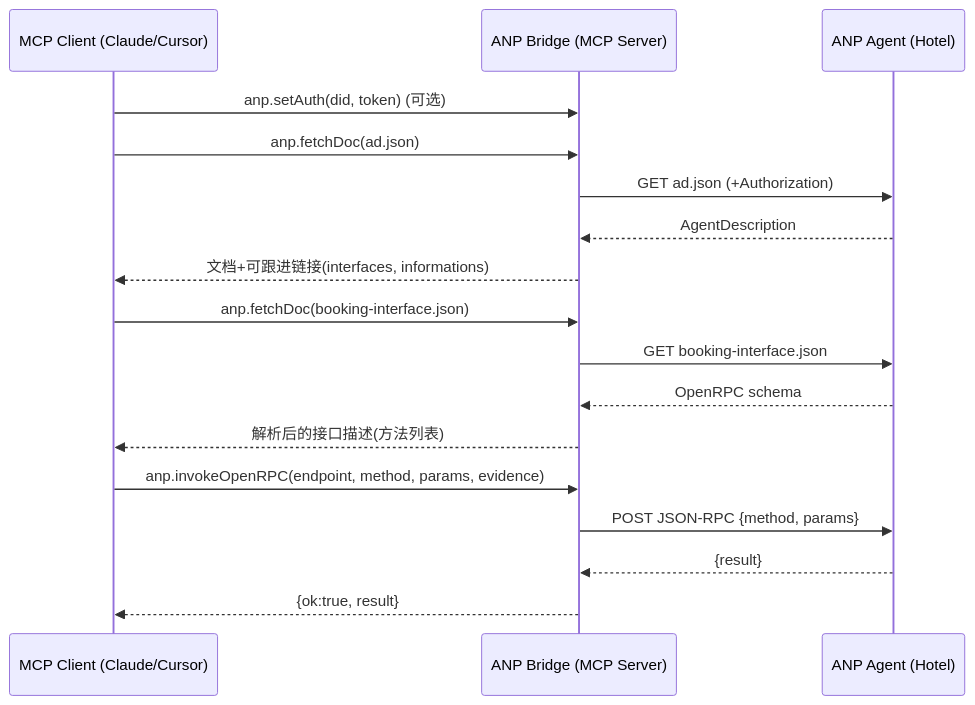
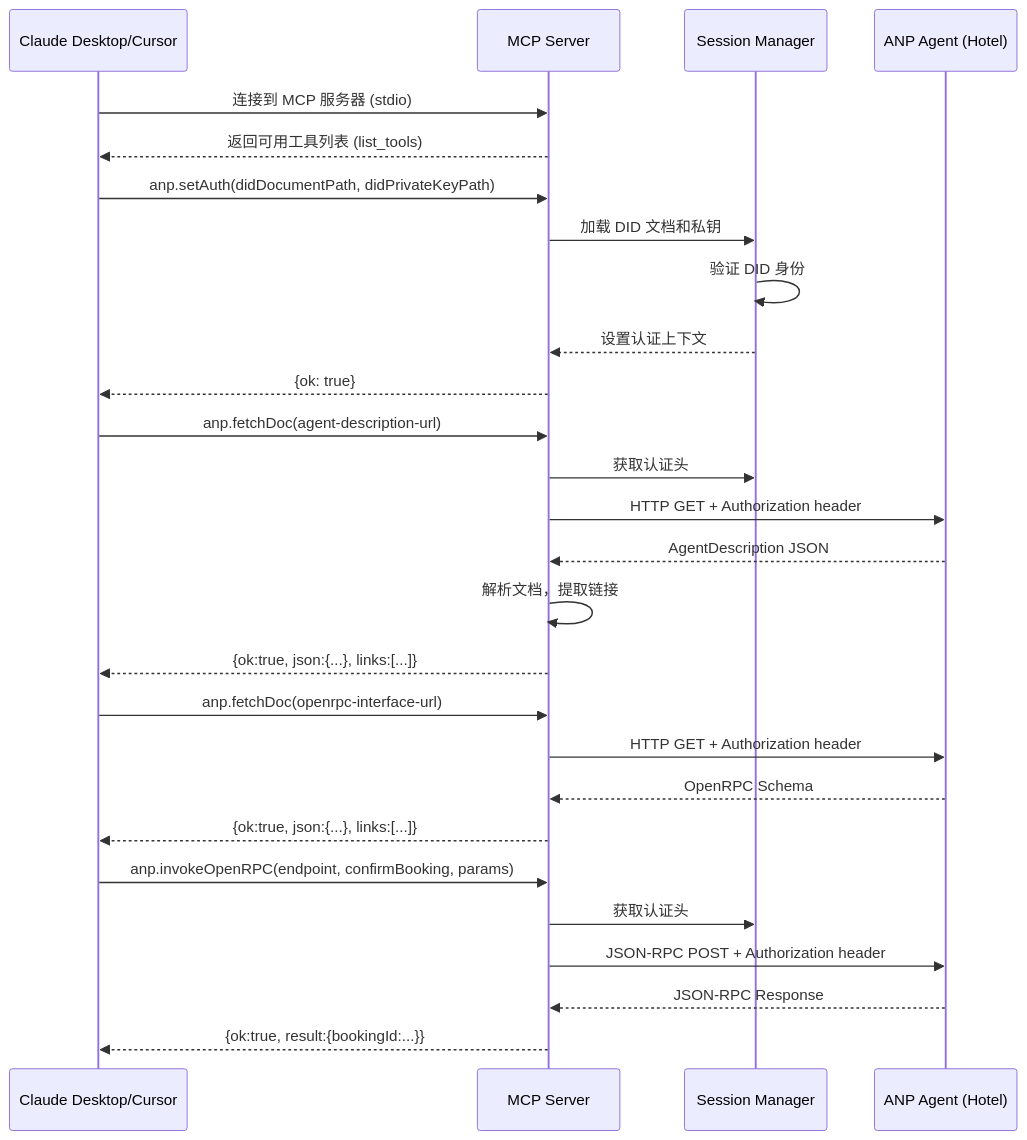
Before and after one commit to agent-network-protocol/mcp2anp: the diagram in spec.md, drawn with Mermaid. The commit also changed other lines of this file and 16 other files, not shown here.

````diff
--- a/spec.md
+++ b/spec.md
@@ -72,23 +82,34 @@
 ```mermaid
 sequenceDiagram
-  participant Client as MCP Client (Claude/Cursor)
-  participant Bridge as ANP Bridge (MCP Server)
-  participant Agent as ANP Agent (Hotel)
+  participant App as Claude Desktop/Cursor
+  participant MCP as MCP Server
+  participant Session as Session Manager
+  participant ANP as ANP Agent (Hotel)
 
-  Client->>Bridge: anp.setAuth(did, token)  (可选)
-  Client->>Bridge: anp.fetchDoc(ad.json)
-  Bridge->>Agent: GET ad.json (+Authorization)
-  Agent-->>Bridge: AgentDescription
-  Bridge-->>Client: 文档+可跟进链接(interfaces, informations)
+  App->>MCP: 连接到 MCP 服务器 (stdio)
+  MCP-->>App: 返回可用工具列表 (list_tools)
 
-  Client->>Bridge: anp.fetchDoc(booking-interface.json)
-  Bridge->>Agent: GET booking-interface.json
-  Agent-->>Bridge: OpenRPC schema
-  Bridge-->>Client: 解析后的接口描述(方法列表)
+  App->>MCP: anp.setAuth(didDocumentPath, didPrivateKeyPath)
+  MCP->>Session: 加载 DID 文档和私钥
+  Session->>Session: 验证 DID 身份
+  Session-->>MCP: 设置认证上下文
+  MCP-->>App: {ok: true}
 
+  App->>MCP: anp.fetchDoc(agent-description-url)
+  MCP->>Session: 获取认证头
+  MCP->>ANP: HTTP GET + Authorization header
+  ANP-->>MCP: AgentDescription JSON
+  MCP->>MCP: 解析文档，提取链接
+  MCP-->>App: {ok:true, json:{...}, links:[...]}
 
-  Client->>Bridge: anp.invokeOpenRPC(endpoint, method, params, evidence)
-  Bridge->>Agent: POST JSON-RPC {method, params}
-  Agent-->>Bridge: {result}
-  Bridge-->>Client: {ok:true, result}
+  App->>MCP: anp.fetchDoc(openrpc-interface-url)
+  MCP->>ANP: HTTP GET + Authorization header
+  ANP-->>MCP: OpenRPC Schema
+  MCP-->>App: {ok:true, json:{...}, links:[...]}
+
+  App->>MCP: anp.invokeOpenRPC(endpoint, confirmBooking, params)
+  MCP->>Session: 获取认证头
+  MCP->>ANP: JSON-RPC POST + Authorization header
+  ANP-->>MCP: JSON-RPC Response
+  MCP-->>App: {ok:true, result:{bookingId:...}}
 ```
````
